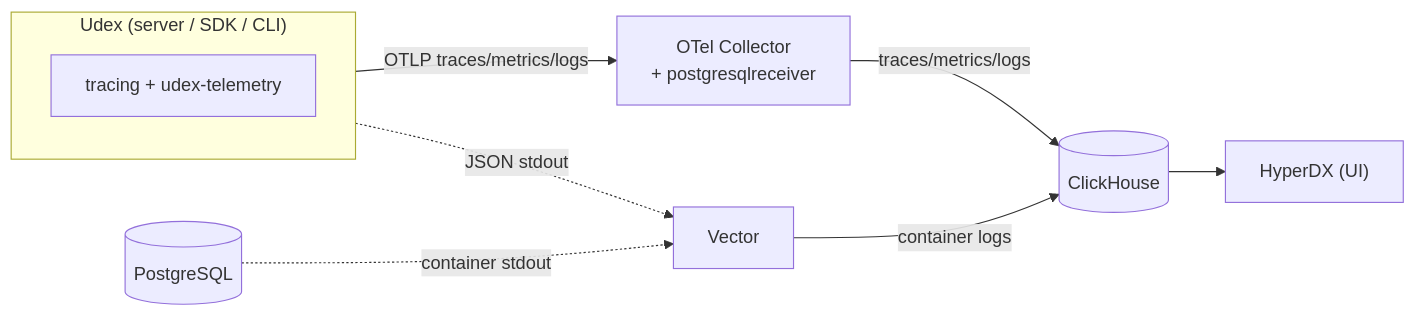
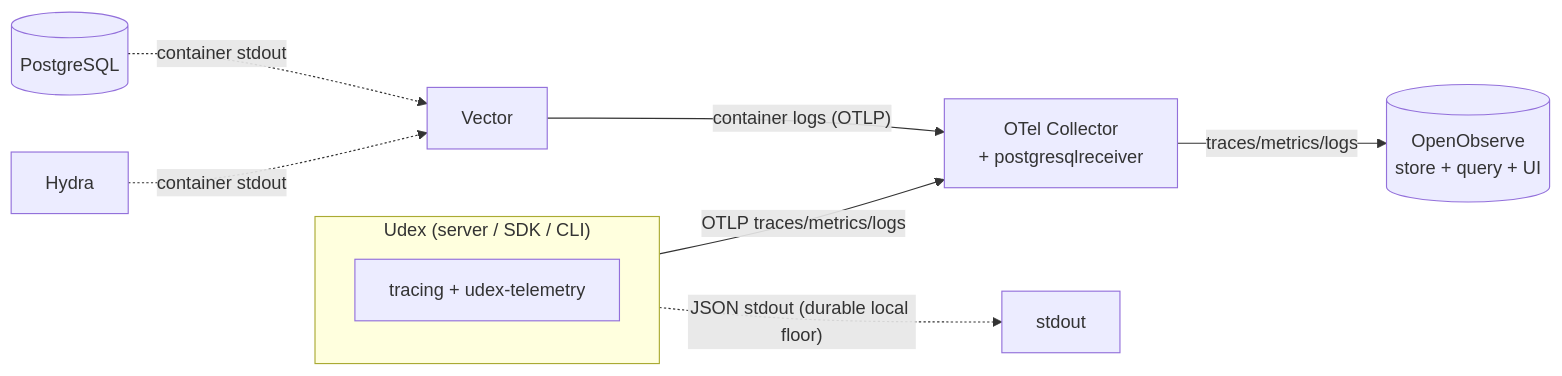
One commit to cperfect/udex changed the diagram in docs/ARCHITECTURE.md. Above: the diagram before and after it, drawn with Mermaid. The commit also changed other lines of this file and 14 other files, not shown here.

````diff
--- a/docs/ARCHITECTURE.md
+++ b/docs/ARCHITECTURE.md
@@ -126,12 +126,12 @@
 ```mermaid
 flowchart LR
     subgraph app["Udex (server / SDK / CLI)"]
       a["tracing + udex-telemetry"]
     end
     app -->|"OTLP traces/metrics/logs"| col["OTel Collector<br/>+ postgresqlreceiver"]
-    app -. "JSON stdout" .-> vec["Vector"]
-    pg[("PostgreSQL")] -. "container stdout" .-> vec
-    col -->|"traces/metrics/logs"| ch[("ClickHouse")]
-    vec -->|"container logs"| ch
-    ch --> hdx["HyperDX (UI)"]
+    app -. "JSON stdout (durable local floor)" .-> stdout["stdout"]
+    pg[("PostgreSQL")] -. "container stdout" .-> vec["Vector"]
+    hyd["Hydra"] -. "container stdout" .-> vec
+    vec -->|"container logs (OTLP)"| col
+    col -->|"traces/metrics/logs"| oo[("OpenObserve<br/>store + query + UI")]
 ```
````
